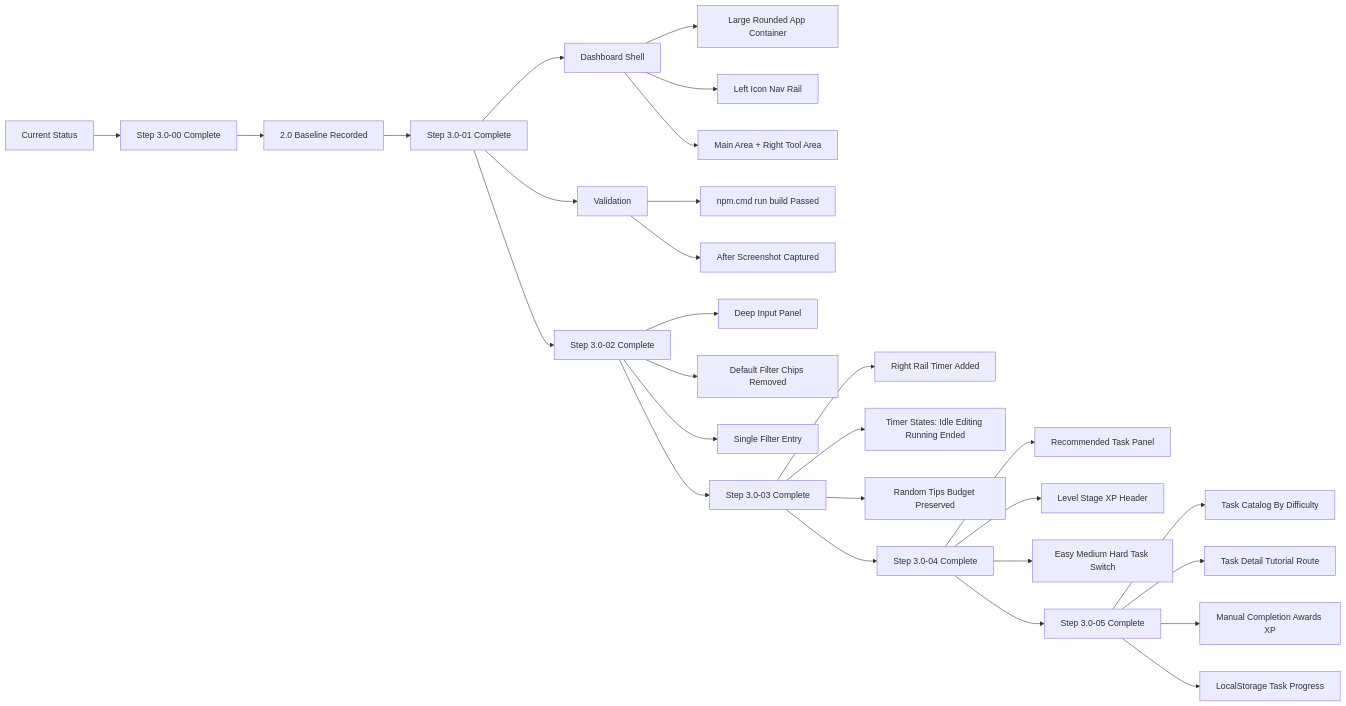
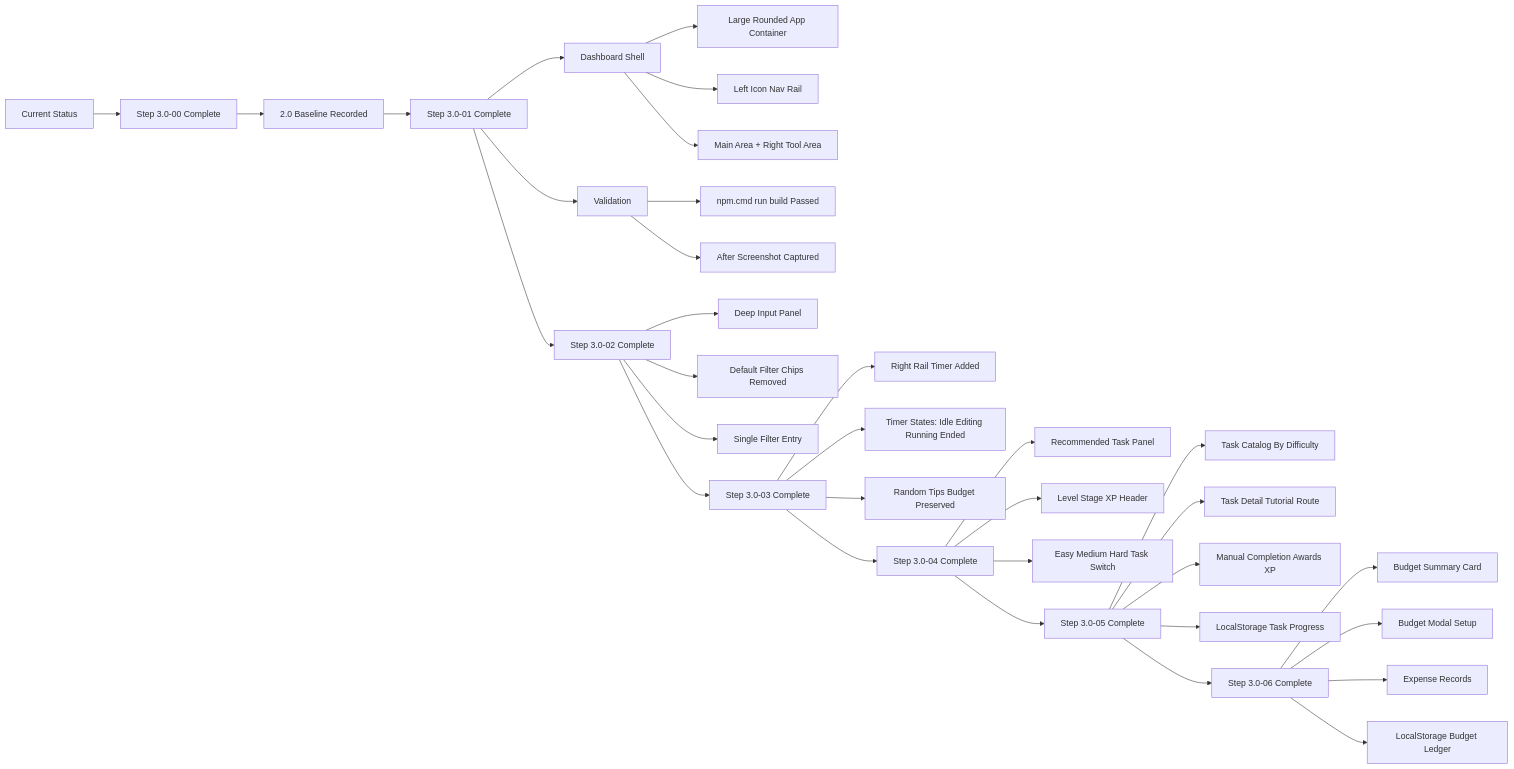
One commit to nouri247351793-dotcom/cooking-ai-planner changed the diagram in 2_coding_documentation/09_v3_upgrade/04_flowcharts_v3/current_status_v3.mmd. Above: the diagram before and after it, drawn with Mermaid. The commit also changed 13 other files, not shown here.

First line of the commit message:
[step-3.0-06][feat] add monthly budget modal and expense record logic

```diff
--- a/2_coding_documentation/09_v3_upgrade/04_flowcharts_v3/current_status_v3.mmd
+++ b/2_coding_documentation/09_v3_upgrade/04_flowcharts_v3/current_status_v3.mmd
@@ -1,31 +1,36 @@
 flowchart LR
   A[Current Status] --> B[Step 3.0-00 Complete]
   B --> C[2.0 Baseline Recorded]
   C --> D[Step 3.0-01 Complete]
 
   D --> E[Dashboard Shell]
   E --> F[Large Rounded App Container]
   E --> G[Left Icon Nav Rail]
   E --> H[Main Area + Right Tool Area]
 
   D --> I[Validation]
   I --> J[npm.cmd run build Passed]
   I --> K[After Screenshot Captured]
 
   D --> L[Step 3.0-02 Complete]
   L --> M[Deep Input Panel]
   L --> N[Default Filter Chips Removed]
   L --> O[Single Filter Entry]
   L --> P[Step 3.0-03 Complete]
   P --> Q[Right Rail Timer Added]
   P --> R[Timer States: Idle Editing Running Ended]
   P --> S[Random Tips Budget Preserved]
   P --> T[Step 3.0-04 Complete]
   T --> U[Recommended Task Panel]
   T --> V[Level Stage XP Header]
   T --> W[Easy Medium Hard Task Switch]
   T --> X[Step 3.0-05 Complete]
   X --> Y[Task Catalog By Difficulty]
   X --> Z[Task Detail Tutorial Route]
   X --> AA[Manual Completion Awards XP]
   X --> AB[LocalStorage Task Progress]
+  X --> AC[Step 3.0-06 Complete]
+  AC --> AD[Budget Summary Card]
+  AC --> AE[Budget Modal Setup]
+  AC --> AF[Expense Records]
+  AC --> AG[LocalStorage Budget Ledger]
```
